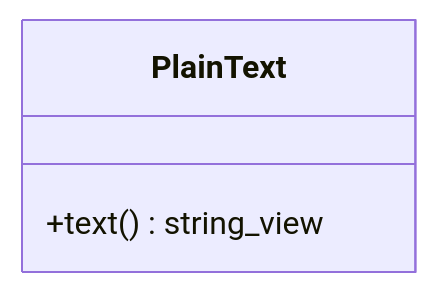
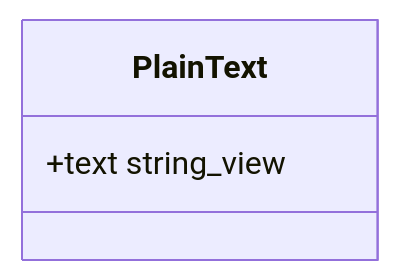
Before and after one commit to ufal/linpipe: the first of 4 diagrams in docs/src/dev/segmentation_tokenization.md, drawn with Mermaid. The commit also changed other lines of this file and 1 other file, not shown here.

````diff
--- a/docs/src/dev/segmentation_tokenization.md
+++ b/docs/src/dev/segmentation_tokenization.md
@@ -36,6 +36,6 @@
 ``` mermaid
 classDiagram
   class PlainText {
-    +text() string_view
+    +text string_view
   }
 ```
````
